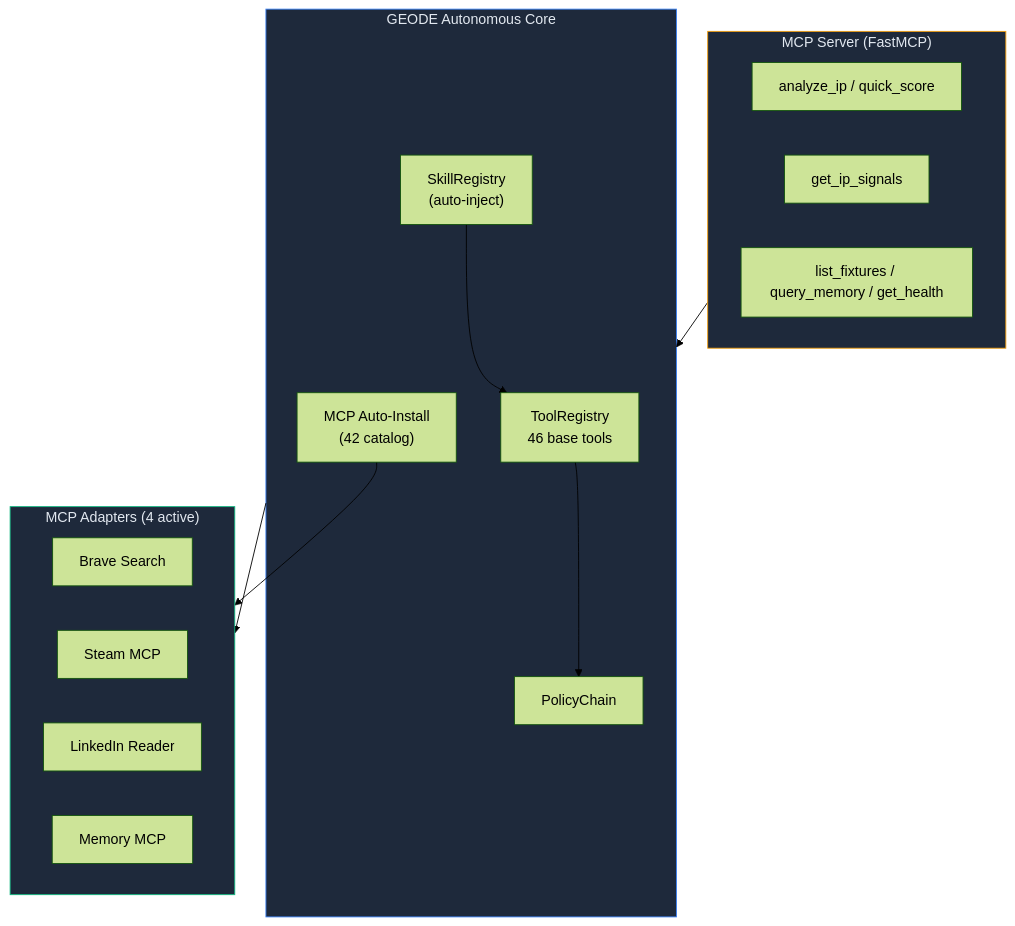
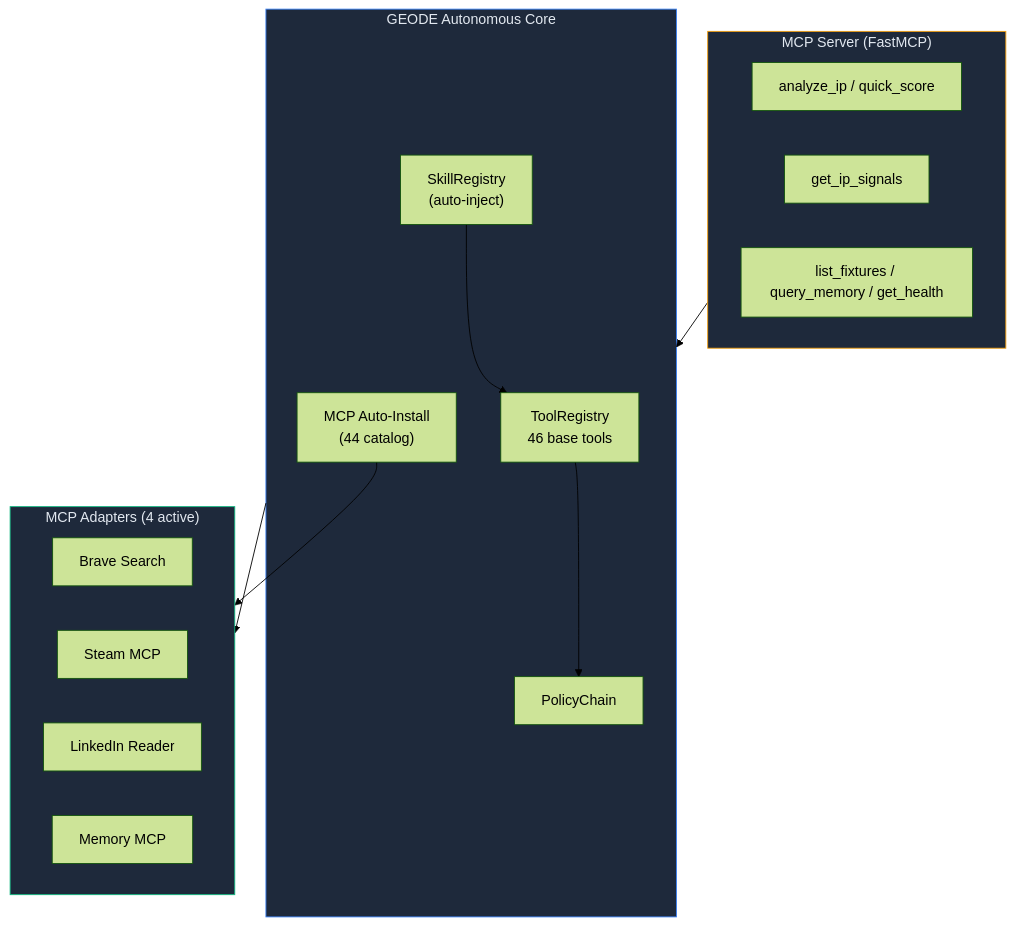
Before and after one commit to mangowhoiscloud/geode: the ninth of 11 diagrams in docs/architecture.md, drawn with Mermaid (forest theme). The commit also changed other lines of this file and 3 other files, not shown here.

````diff
--- a/docs/architecture.md
+++ b/docs/architecture.md
@@ -363,32 +363,32 @@
 ```mermaid
 graph TB
     subgraph GEODE["GEODE Autonomous Core"]
         Registry["ToolRegistry<br/>46 base tools"]
         Policy["PolicyChain"]
         SkillReg["SkillRegistry<br/>(auto-inject)"]
-        MCPInstall["MCP Auto-Install<br/>(42 catalog)"]
+        MCPInstall["MCP Auto-Install<br/>(44 catalog)"]
     end
 
     subgraph MCPAdapters["MCP Adapters (4 active)"]
         Brave["Brave Search"]
         Steam["Steam MCP"]
         LI["LinkedIn Reader"]
         Mem["Memory MCP"]
     end
 
     subgraph MCPServer["MCP Server (FastMCP)"]
         T1["analyze_ip / quick_score"]
         T2["get_ip_signals"]
         T3["list_fixtures / query_memory / get_health"]
     end
 
     Registry --> Policy
     SkillReg --> Registry
     MCPInstall --> MCPAdapters
     GEODE --> MCPAdapters
     MCPServer --> GEODE
 
     style GEODE fill:#1e293b,stroke:#3b82f6,color:#e2e8f0
     style MCPAdapters fill:#1e293b,stroke:#10b981,color:#e2e8f0
     style MCPServer fill:#1e293b,stroke:#f59e0b,color:#e2e8f0
 ```
````
